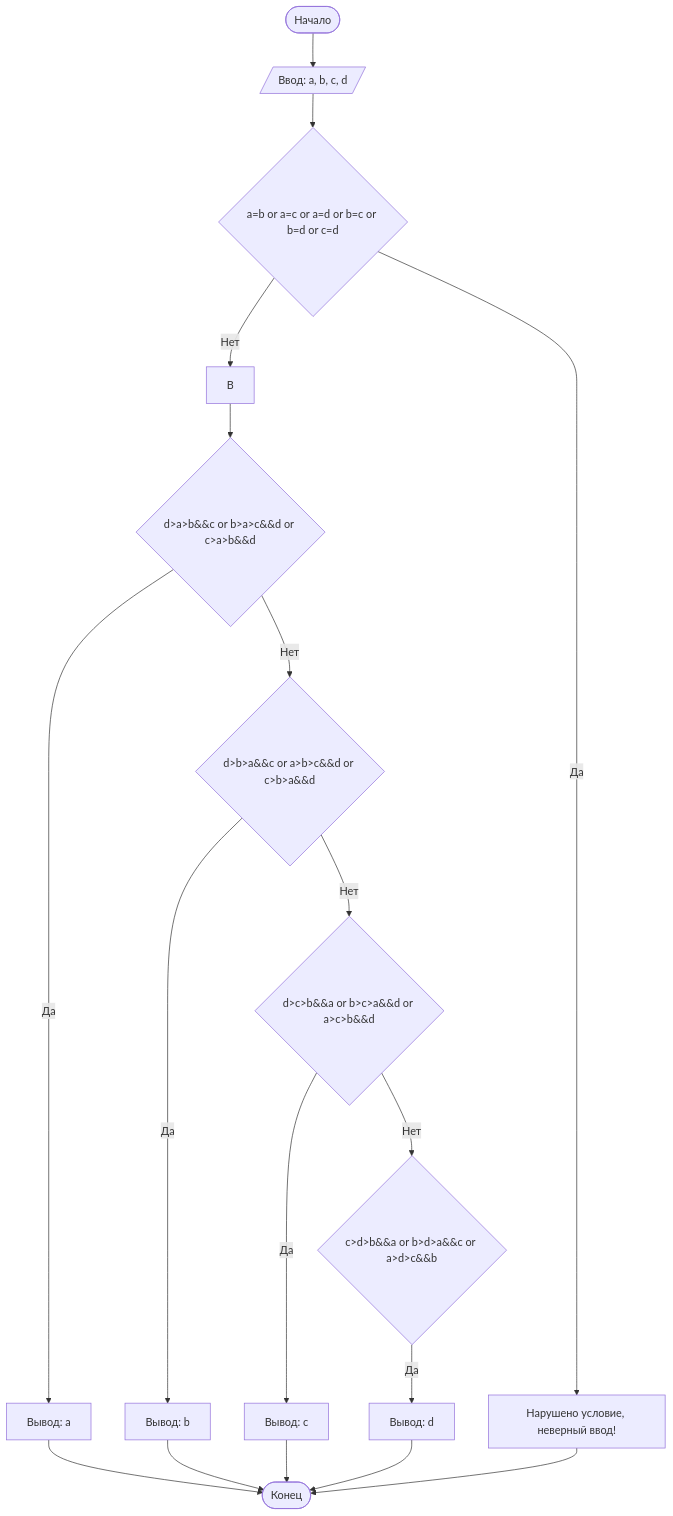
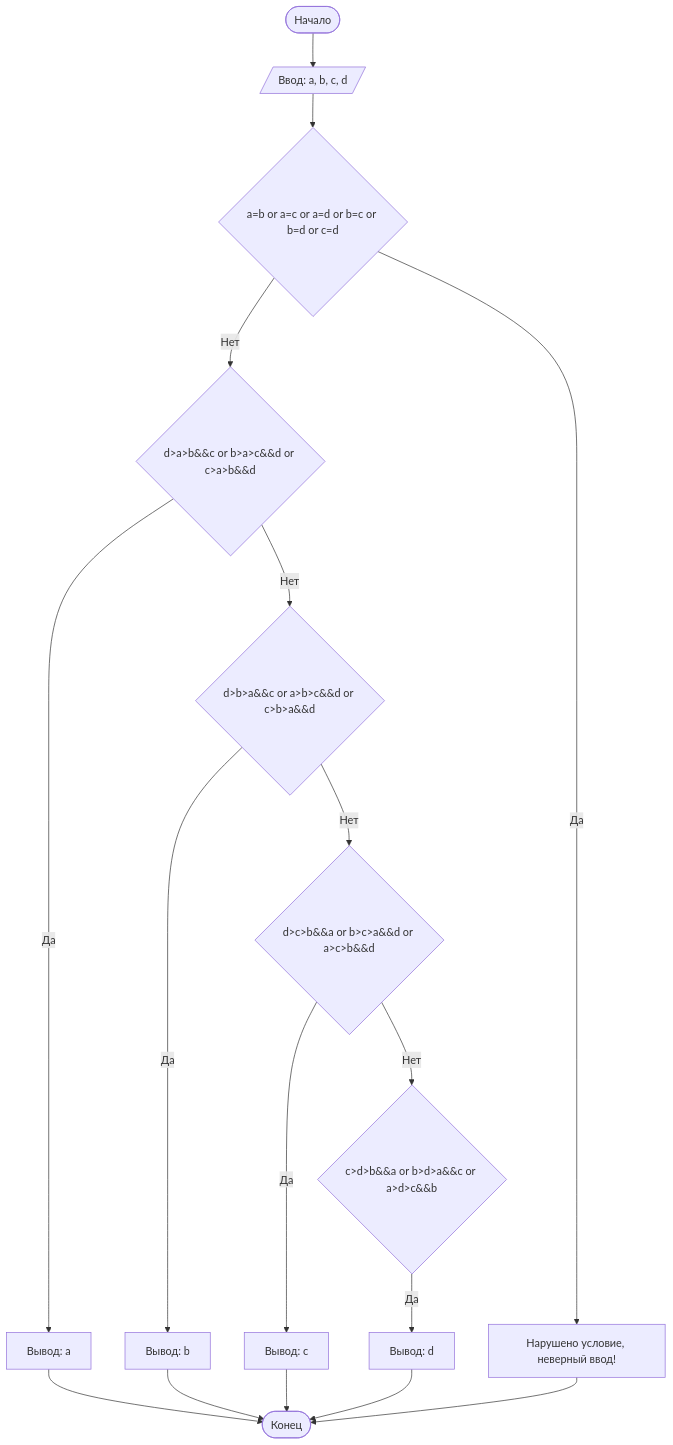
Before and after one commit to Fred00r/Lab-1: the diagram in README.md, drawn with Mermaid.

````diff
--- a/README.md
+++ b/README.md
@@ -59,22 +59,21 @@
 ```mermaid
 graph TD;
  A([Начало]) --> X[/Ввод: a, b, c, d/];
     X --> Y{ a=b or a=c or a=d or b=c or b=d or c=d };
     Y -- Да --> Z["Нарушено условие, неверный ввод!"];
-    Y -- Нет -->B;
-    B --> C{d>a>b&&c or b>a>c&&d or c>a>b&&d};
+    Y -- Нет -->C{d>a>b&&c or b>a>c&&d or c>a>b&&d};
     C -- Да --> D[Вывод: a];
     C -- Нет --> E{d>b>a&&c or a>b>c&&d or c>b>a&&d};
     E -- Да --> F[Вывод: b];
     E -- Нет --> G{d>c>b&&a or b>c>a&&d or a>c>b&&d};
     G -- Да --> H[Вывод: c];
     G -- Нет --> I{c>d>b&&a or b>d>a&&c or a>d>c&&b};
     I -- Да --> J[Вывод: d];
     D --> K([Конец]);
     F --> K;
     H --> K;
     J --> K;
     Z --> K;
     
 
 ```
````
